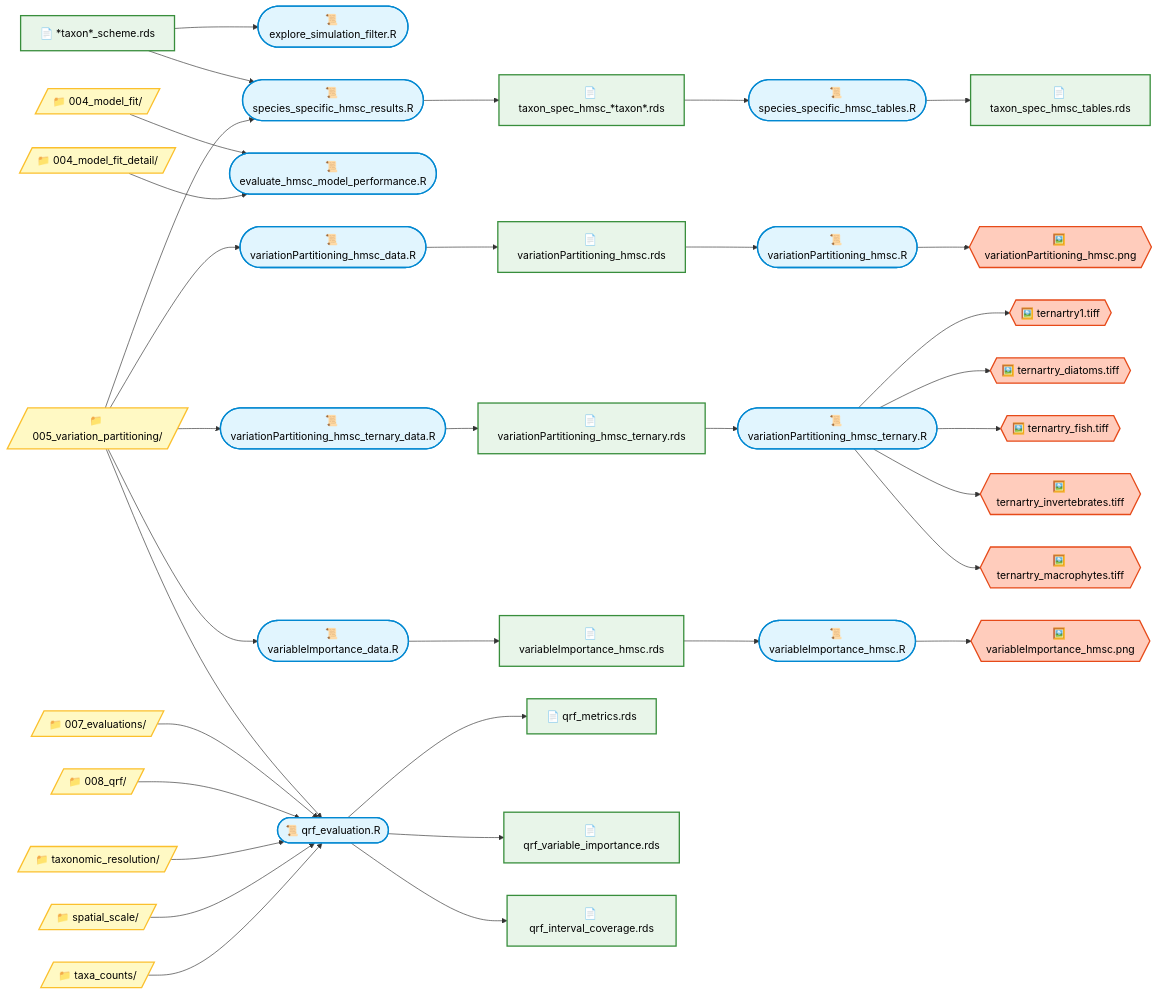
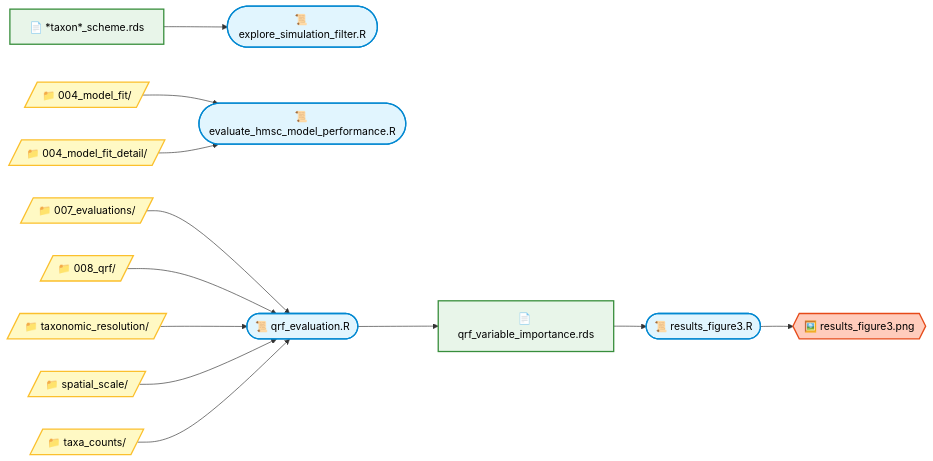
The second of 3 diagrams in docs/04_results_to_paper.md (JonJup/FreshwaterTypologyBenchmarks), drawn with Mermaid before and after one commit. The commit also changed other lines of this file, not shown here.

Commit message:
Refactor results_to_paper.md by removing scripts
Removed unused scripts and updated figure references.

````diff
--- a/docs/04_results_to_paper.md
+++ b/docs/04_results_to_paper.md
@@ -85,12 +78,9 @@
 classDef folder fill:#FFF9C4,stroke:#FBC02D,stroke-width:2px,color:#000
 classDef figure fill:#FFCCBC,stroke:#E64A19,stroke-width:2px,color:#000
 
-
-
 %% Folders
 D2[/"📁 004_model_fit/"/]:::folder
 D3[/"📁 004_model_fit_detail/"/]:::folder
-D4[/"📁 005_variation_partitioning/"/]:::folder
 D5[/"📁 007_evaluations/"/]:::folder
 D6[/"📁 008_qrf/"/]:::folder
 D7[/"📁 taxonomic_resolution/"/]:::folder
@@ -99,74 +89,38 @@
 
 %% Scripts
 S1(["📜 explore_simulation_filter.R"]):::script
-S2(["📜 species_specific_hmsc_results.R"]):::script
 S3(["📜 evaluate_hmsc_model_performance.R"]):::script
-S4(["📜 variationPartitioning_hmsc_data.R"]):::script
-S5(["📜 variationPartitioning_hmsc_ternary_data.R"]):::script
-S6(["📜 variableImportance_data.R"]):::script
 S7(["📜 qrf_evaluation.R"]):::script
-S8(["📜 species_specific_hmsc_tables.R"]):::script
 
 %% Figure Scripts
-SF1(["📜 variationPartitioning_hmsc.R"]):::script
-SF2(["📜 variationPartitioning_hmsc_ternary.R"]):::script
-SF3(["📜 variableImportance_hmsc.R"]):::script
+SF2(["📜 results_figure3.R"]):::script
 
 %% Files
-F1["📄 taxon_spec_hmsc_*taxon*.rds"]:::file
-F2["📄 taxon_spec_hmsc_tables.rds"]:::file
-F3["📄 variationPartitioning_hmsc.rds"]:::file
-F4["📄 variationPartitioning_hmsc_ternary.rds"]:::file
-F5["📄 variableImportance_hmsc.rds"]:::file
-F6["📄 qrf_metrics.rds"]:::file
 F7["📄 qrf_variable_importance.rds"]:::file
-F8["📄 qrf_interval_coverage.rds"]:::file
 F9["📄 *taxon*_scheme.rds"]:::file
 
 %% Figures
-G1{{"🖼️ variationPartitioning_hmsc.png"}}:::figure
-G2{{"🖼️ ternartry1.tiff"}}:::figure
-G3{{"🖼️ ternartry_diatoms.tiff"}}:::figure
-G4{{"🖼️ ternartry_fish.tiff"}}:::figure
-G5{{"🖼️ ternartry_invertebrates.tiff"}}:::figure
-G6{{"🖼️ ternartry_macrophytes.tiff"}}:::figure
-G7{{"🖼️ variableImportance_hmsc.png"}}:::figure
+G2{{"🖼️ results_figure3.png"}}:::figure
 
 %% Edges
 F9 --> S1
-F9 --> S2
+
 D2 --> S3
 D3 --> S3
-D4 --> S2
-D4 --> S4
-D4 --> S5
-D4 --> S6
-D4 --> S7
+
+
 D5 --> S7
 D6 --> S7
 D7 --> S7
 D8 --> S7
 D9 --> S7
 
-S2 --> F1
-F1 --> S8
-S8 --> F2
-S4 --> F3
-S5 --> F4
-S6 --> F5
-S7 --> F6
+
 S7 --> F7
-S7 --> F8
 
-F3 --> SF1
-F4 --> SF2
-F5 --> SF3
 
-SF1 --> G1
+
+F7 --> SF2
+
 SF2 --> G2
-SF2 --> G3
-SF2 --> G4
-SF2 --> G5
-SF2 --> G6
-SF3 --> G7
 ``` 
````
